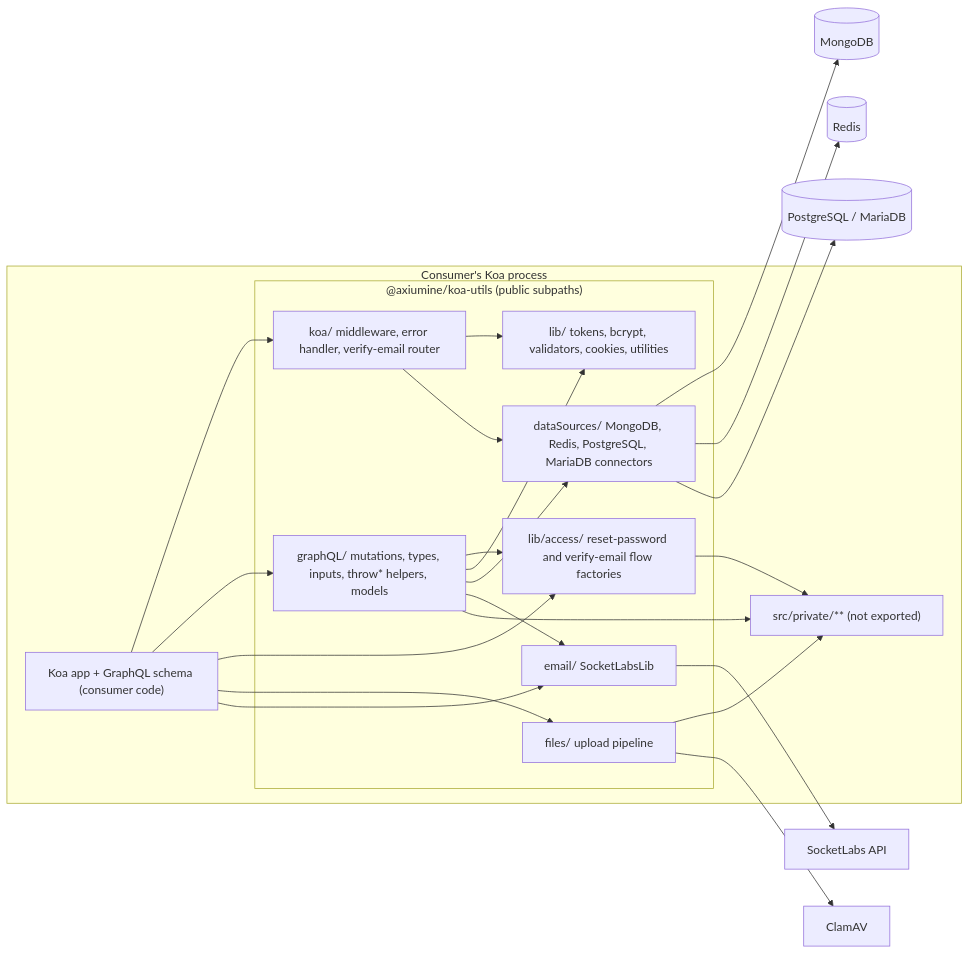
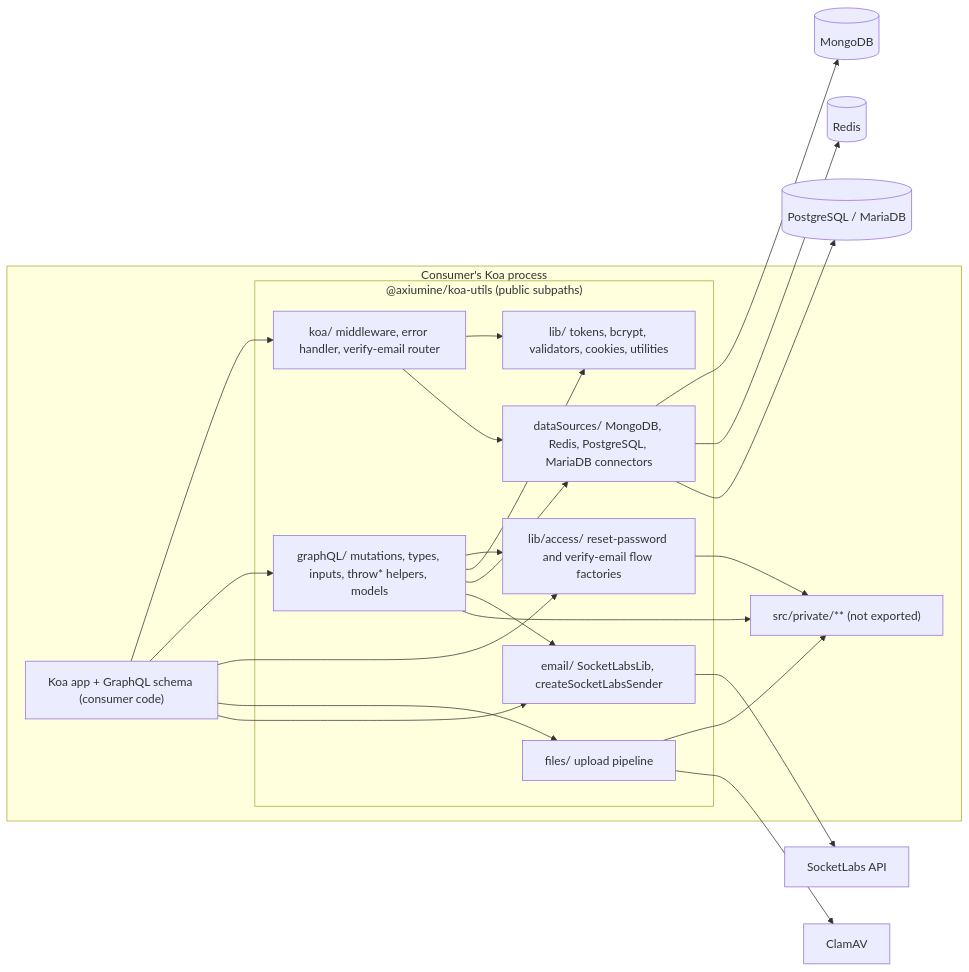
One commit to Axiumine/koa-utils changed the diagram in docs/architecture.md. Above: the diagram before and after it, drawn with Mermaid. The commit also changed other lines of this file and 18 other files, not shown here.

Commit message:
feat: add createSocketLabsSender, a SocketLabs sender with an { ok, code } result and one peer; SocketLabsLib now sends through it

````diff
--- a/docs/architecture.md
+++ b/docs/architecture.md
@@ -13,25 +13,25 @@
 ```mermaid
 flowchart LR
   subgraph Consumer["Consumer's Koa process"]
     APP["Koa app + GraphQL schema (consumer code)"]
     subgraph LIB["@axiumine/koa-utils (public subpaths)"]
       KOA["koa/ middleware, error handler, verify-email router"]
       GQL["graphQL/ mutations, types, inputs, throw* helpers, models"]
       ACC["lib/access/ reset-password and verify-email flow factories"]
       CORE["lib/ tokens, bcrypt, validators, cookies, utilities"]
       DS["dataSources/ MongoDB, Redis, PostgreSQL, MariaDB connectors"]
       FILES["files/ upload pipeline"]
-      MAIL["email/ SocketLabsLib"]
+      MAIL["email/ SocketLabsLib, createSocketLabsSender"]
     end
     PRIV["src/private/** (not exported)"]
   end
   APP --> KOA & GQL & ACC & FILES & MAIL
   KOA --> CORE & DS
   GQL --> ACC & CORE & DS & MAIL
   ACC --> PRIV
   GQL --> PRIV
   FILES --> PRIV
   DS --> MONGO[(MongoDB)] & REDIS[(Redis)] & SQL[(PostgreSQL / MariaDB)]
   FILES --> CLAM[ClamAV]
   MAIL --> SL[SocketLabs API]
 ```
````
